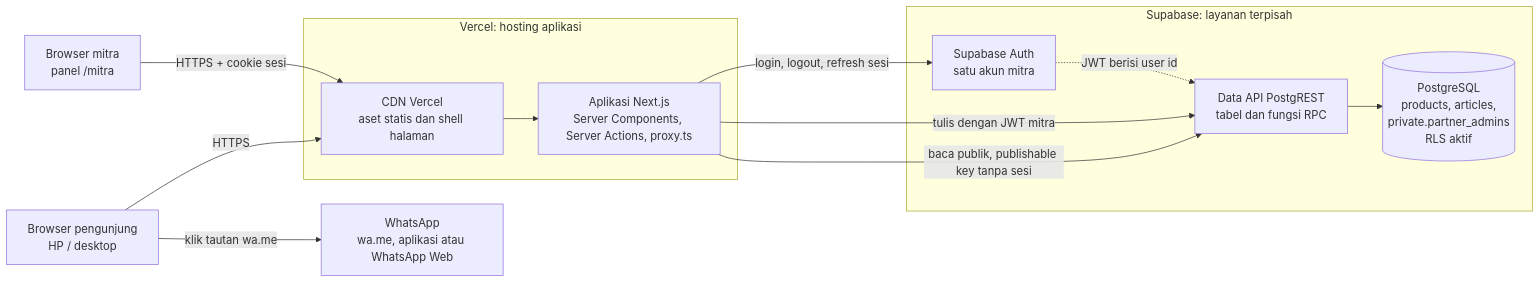
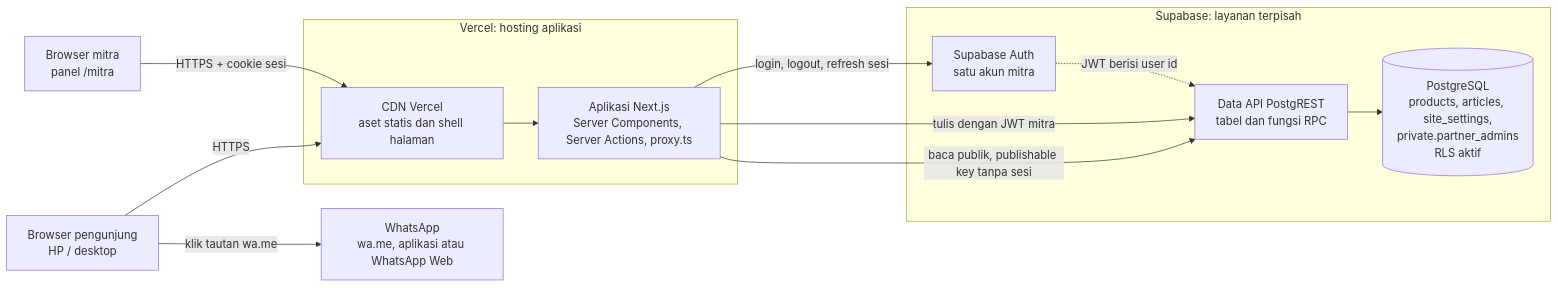
The first of 9 diagrams in ARCHITECTURE.md (Jayflux/PasarNila), drawn with Mermaid before and after one commit. The commit also changed other lines of this file and 1 other file, not shown here.

Commit message:
docs: update PRD and architecture documentation

````diff
--- a/ARCHITECTURE.md
+++ b/ARCHITECTURE.md
@@ -162,28 +162,28 @@
 ```mermaid
 flowchart LR
     V["Browser pengunjung<br/>HP / desktop"]
     M["Browser mitra<br/>panel /mitra"]
 
     subgraph VERCEL["Vercel: hosting aplikasi"]
         CDN["CDN Vercel<br/>aset statis dan shell halaman"]
         APP["Aplikasi Next.js<br/>Server Components, Server Actions, proxy.ts"]
     end
 
     subgraph SUPA["Supabase: layanan terpisah"]
         AUTH["Supabase Auth<br/>satu akun mitra"]
         API["Data API PostgREST<br/>tabel dan fungsi RPC"]
-        DB[("PostgreSQL<br/>products, articles,<br/>private.partner_admins<br/>RLS aktif")]
+        DB[("PostgreSQL<br/>products, articles, site_settings,<br/>private.partner_admins<br/>RLS aktif")]
     end
 
     WA["WhatsApp<br/>wa.me, aplikasi atau WhatsApp Web"]
 
     V -- "HTTPS" --> CDN
     M -- "HTTPS + cookie sesi" --> CDN
     CDN --> APP
     APP -- "baca publik, publishable key tanpa sesi" --> API
     APP -- "login, logout, refresh sesi" --> AUTH
     APP -- "tulis dengan JWT mitra" --> API
     AUTH -. "JWT berisi user id" .-> API
     API --> DB
     V -- "klik tautan wa.me" --> WA
 ```
````
